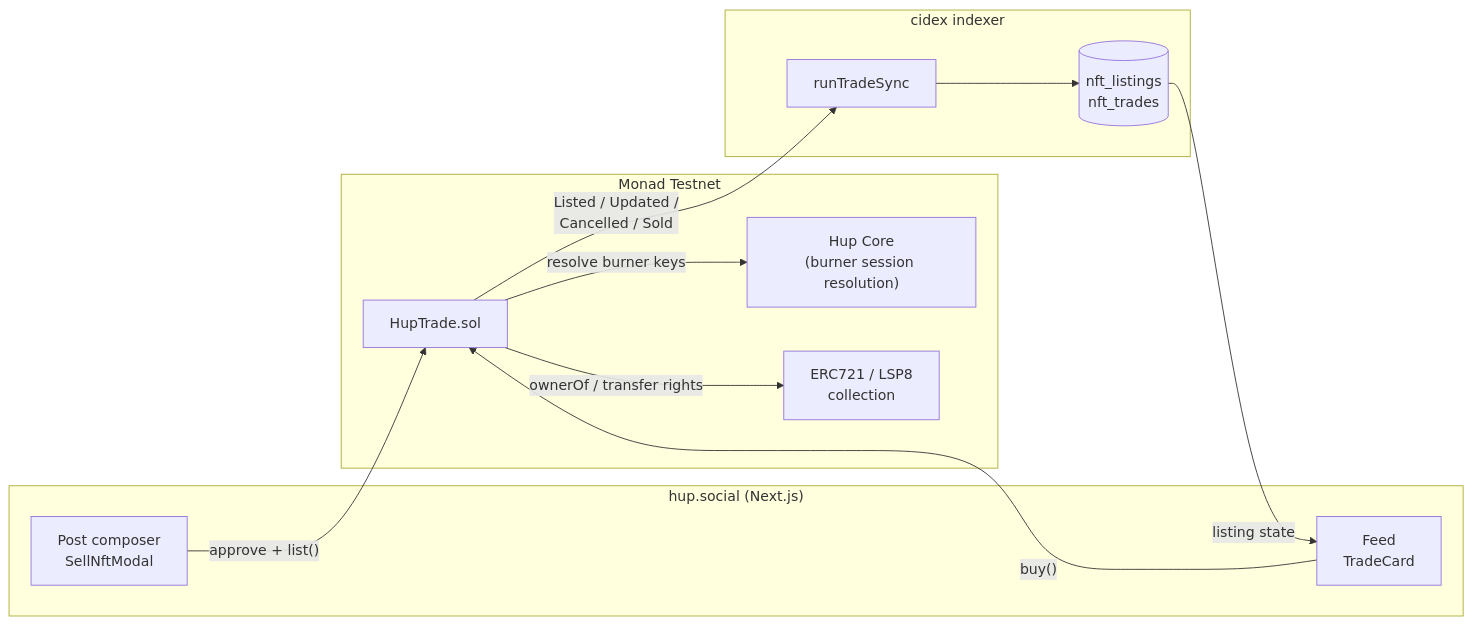
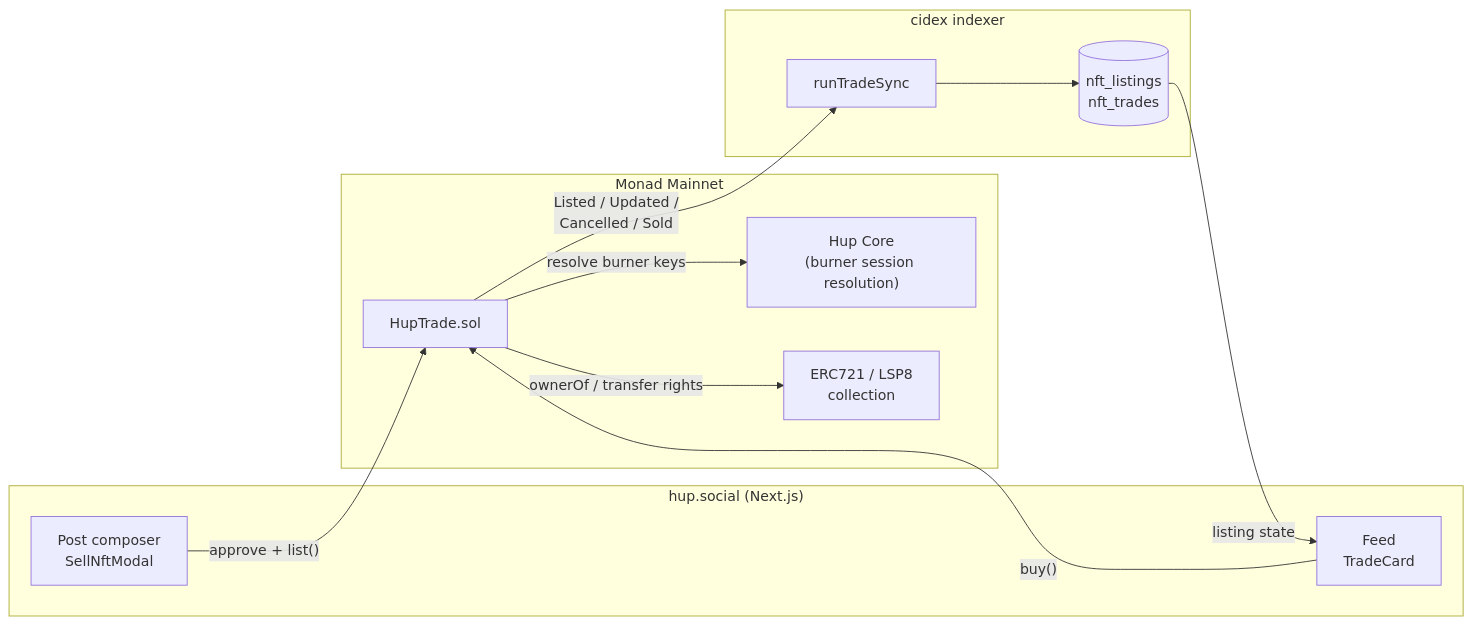
Before and after one commit to web3senior/huptrade: the diagram in README.md, drawn with Mermaid. The commit also changed other lines of this file and 1 other file, not shown here.

Commit message:
chore: point submission at the Monad mainnet deployment

````diff
--- a/README.md
+++ b/README.md
@@ -32,23 +32,23 @@
 ```mermaid
 flowchart LR
   subgraph App["hup.social (Next.js)"]
     Composer["Post composer\nSellNftModal"]
     Feed["Feed\nTradeCard"]
   end
-  subgraph Chain["Monad Testnet"]
+  subgraph Chain["Monad Mainnet"]
     Trade["HupTrade.sol"]
     Core["Hup Core\n(burner session resolution)"]
     NFT["ERC721 / LSP8\ncollection"]
   end
   subgraph Offchain["cidex indexer"]
     Runner["runTradeSync"]
     DB[("nft_listings\nnft_trades")]
   end
   Composer -- "approve + list()" --> Trade
   Feed -- "buy()" --> Trade
   Trade -- "ownerOf / transfer rights" --> NFT
   Trade -- "resolve burner keys" --> Core
   Trade -- "Listed / Updated /\nCancelled / Sold" --> Runner
   Runner --> DB
   DB -- "listing state" --> Feed
 ```
````
